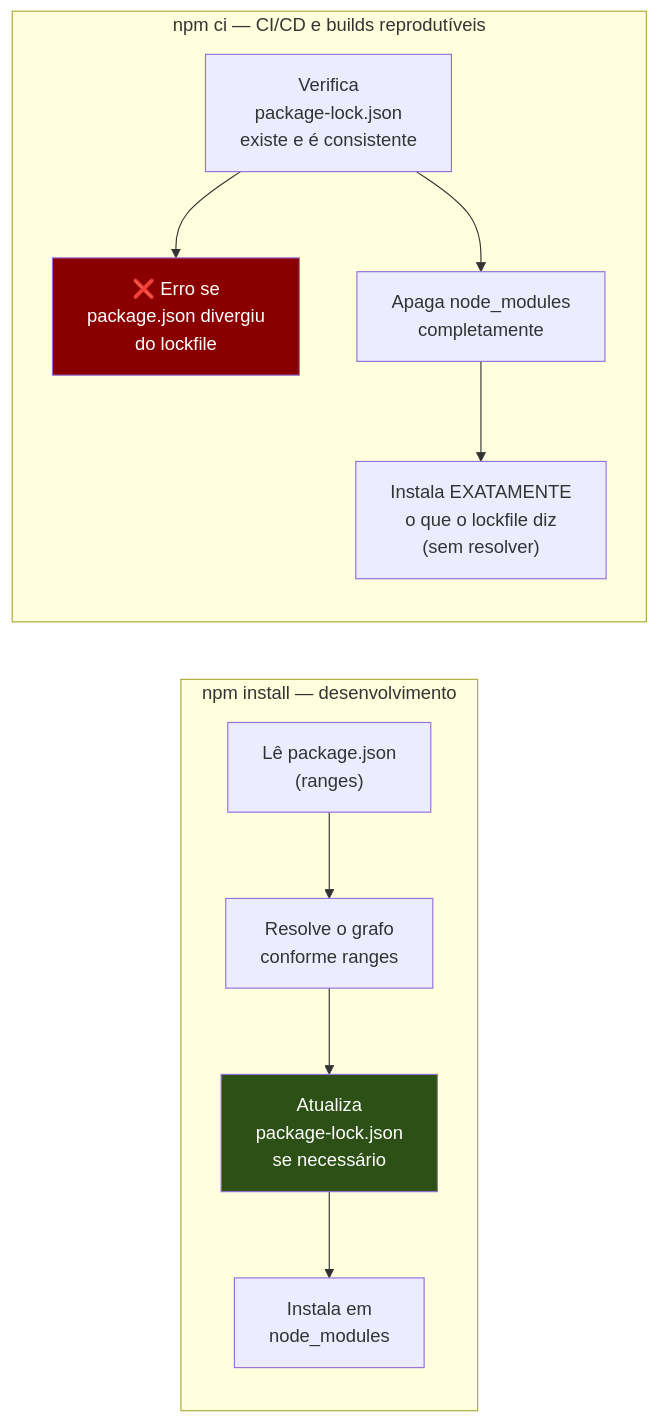
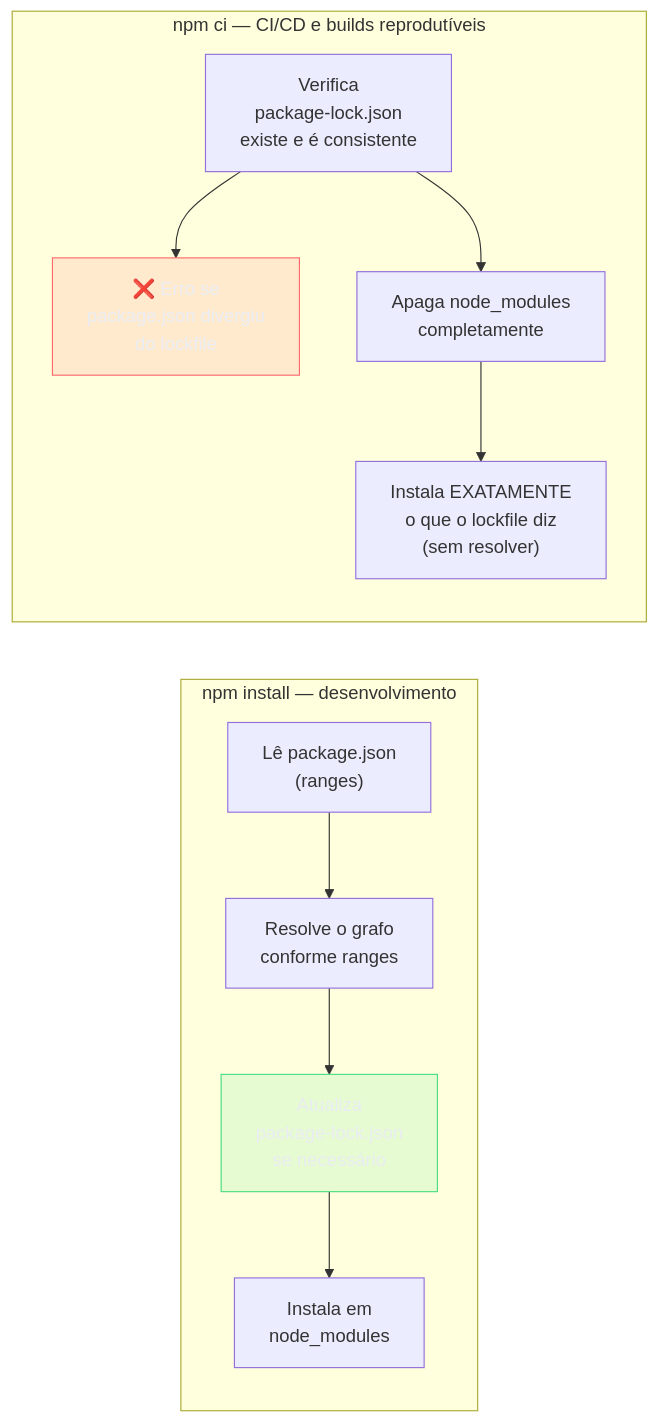
The fourth of 6 diagrams in 03-Dominios/Tecnologia/Tooling e Build/05 - Semver e o grafo de dependências.md (josenaldo/codex-technomanticus), drawn with Mermaid before and after one commit. The commit also changed other lines of this file and 1181 other files, not shown here.

First line of the commit message:
fix(diagramas): paleta do sistema no lugar de cor cravada no markdown

````diff
--- a/03-Dominios/Tecnologia/Tooling e Build/05 - Semver e o grafo de dependências.md
+++ b/03-Dominios/Tecnologia/Tooling e Build/05 - Semver e o grafo de dependências.md
@@ -337,24 +339,26 @@
 ```mermaid
 flowchart LR
+    classDef falha fill:#FF6B6B24,stroke:#FF6B6B,color:#E9ECF2
+    classDef ok fill:#4ADE8021,stroke:#4ADE80,color:#E9ECF2
     subgraph "npm install — desenvolvimento"
         direction TB
         I1["Lê package.json\n(ranges)"]
         I2["Resolve o grafo\nconforme ranges"]
         I3["Atualiza\npackage-lock.json\nse necessário"]
         I4["Instala em\nnode_modules"]
         I1 --> I2 --> I3 --> I4
     end
 
     subgraph "npm ci — CI/CD e builds reprodutíveis"
         direction TB
         C1["Verifica\npackage-lock.json\nexiste e é consistente"]
         C2["❌ Erro se\npackage.json divergiu\ndo lockfile"]
         C3["Apaga node_modules\ncompletamente"]
         C4["Instala EXATAMENTE\no que o lockfile diz\n(sem resolver)"]
         C1 --> C2
         C1 --> C3 --> C4
     end
 
-    style C2 fill:#8a0000,color:#fff
-    style I3 fill:#2d5016,color:#fff
+    class C2 falha
+    class I3 ok
 ```
````
